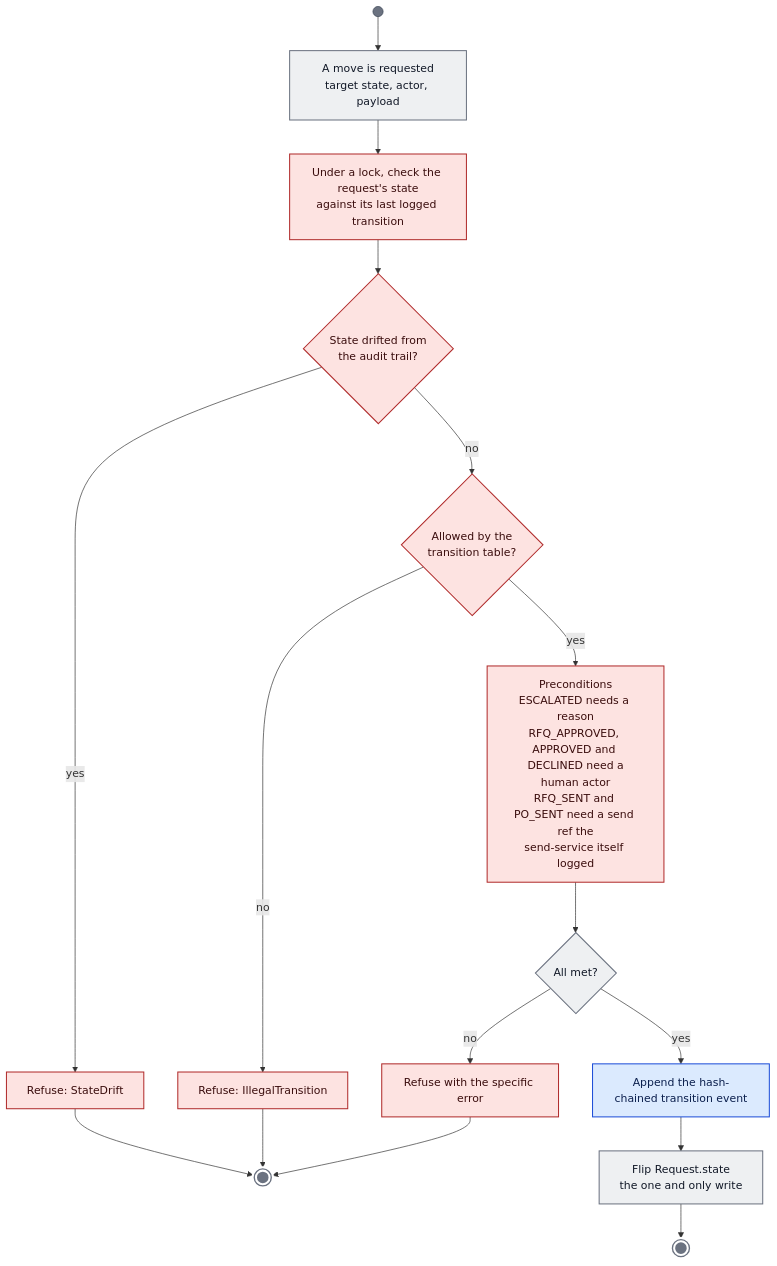
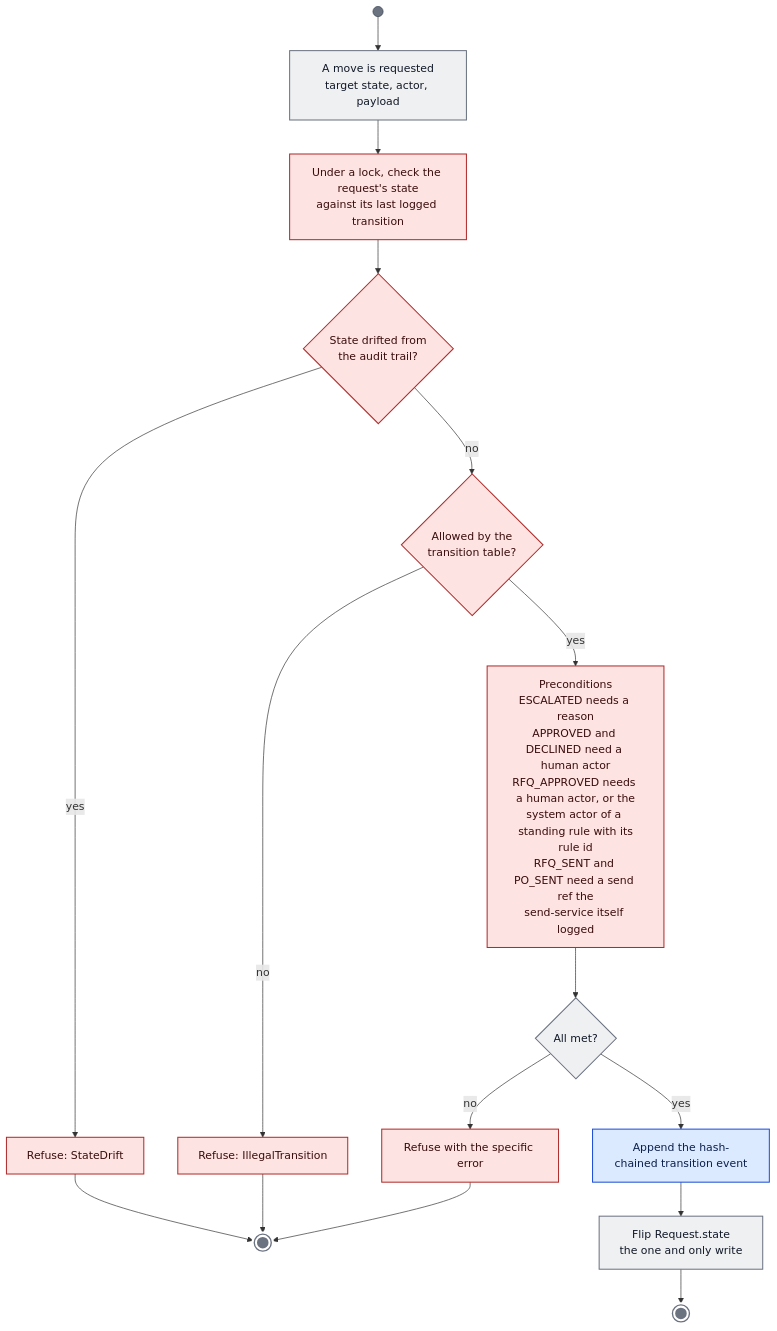
One commit to emre-akarsu/ai-commerce-ideas changed the tenth of 33 diagrams in docs/architecture/activity-diagrams.md. Above: the diagram before and after it, drawn with Mermaid. The commit also changed other lines of this file and 1 other file, not shown here.

First line of the commit message:
docs: correct activity diagrams after a fact-check of the rfq, verify, evidence and intake diagrams

````diff
--- a/docs/architecture/activity-diagrams.md
+++ b/docs/architecture/activity-diagrams.md
@@ -341,26 +342,26 @@
 ```mermaid
 flowchart TB
 classDef human fill:#ffe9b3,stroke:#8a5a00,color:#2a1c00,stroke-width:1.5px
 classDef rule fill:#eef0f2,stroke:#6b7280,color:#111827,stroke-width:1.5px
 classDef ai fill:#e9e3ff,stroke:#5b3fc4,color:#1e1050,stroke-width:2.5px,stroke-dasharray:6 4
 classDef opt fill:#d8f3e4,stroke:#1b7a4a,color:#0b2e1b,stroke-width:1.5px
 classDef gate fill:#fde3e1,stroke:#b02b2b,color:#3a0d0d,stroke-width:1.5px
 classDef data fill:#dbeafe,stroke:#1d4ed8,color:#0b1f4d,stroke-width:1.5px
 classDef bar fill:#6b7280,stroke:#374151,color:#ffffff
 classDef fin fill:#6b7280,stroke:#ffffff,color:#ffffff,stroke-width:3px
 S((" ")):::bar --> w1["A move is requested<br/>target state, actor, payload"]:::rule
 w1 --> w2["Under a lock, check the request's state<br/>against its last logged transition"]:::gate
 w2 --> d1{"State drifted from<br/>the audit trail?"}:::gate
 d1 -->|"yes"| r1["Refuse: StateDrift"]:::gate
 r1 --> E1(((" "))):::fin
 d1 -->|"no"| d2{"Allowed by the<br/>transition table?"}:::gate
 d2 -->|"no"| r2["Refuse: IllegalTransition"]:::gate
 r2 --> E1
-d2 -->|"yes"| w3["Preconditions<br/>ESCALATED needs a reason<br/>RFQ_APPROVED, APPROVED and DECLINED need a<br/>human actor<br/>RFQ_SENT and PO_SENT need a send ref the<br/>send-service itself logged"]:::gate
+d2 -->|"yes"| w3["Preconditions<br/>ESCALATED needs a reason<br/>APPROVED and DECLINED need a human actor<br/>RFQ_APPROVED needs a human actor, or the<br/>system actor of a standing rule with its<br/>rule id<br/>RFQ_SENT and PO_SENT need a send ref the<br/>send-service itself logged"]:::gate
 w3 --> d3{"All met?"}:::rule
 d3 -->|"no"| r3["Refuse with the specific error"]:::gate
 r3 --> E1
 d3 -->|"yes"| w4["Append the hash-chained transition event"]:::data
 w4 --> w5["Flip Request.state<br/>the one and only write"]:::rule
 w5 --> E2(((" "))):::fin
 ```
````
